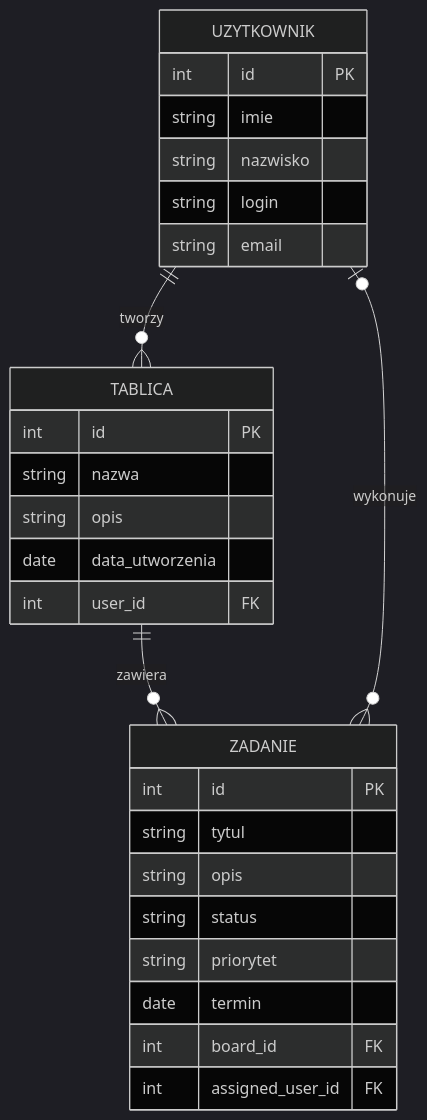
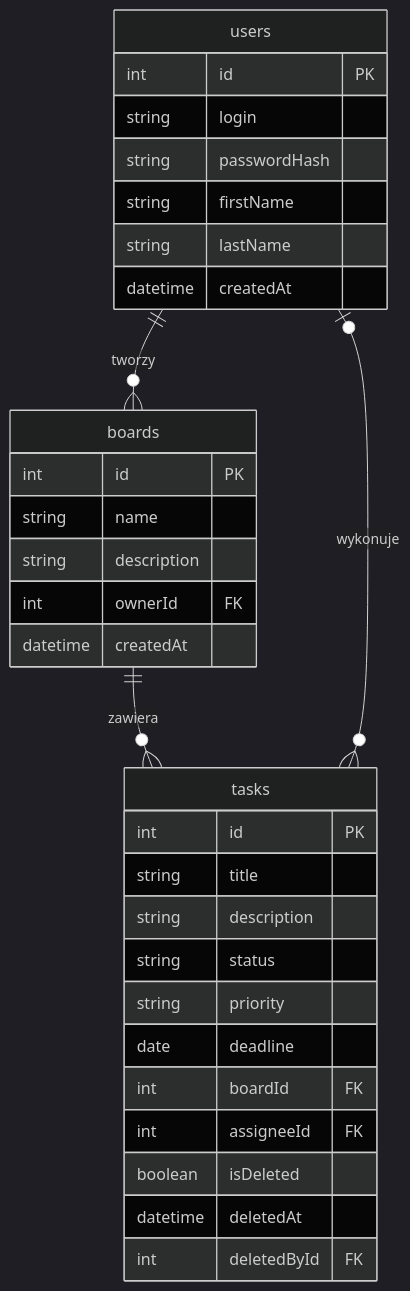
Before and after one commit to wholeucb/taskboard-illia-zalivchyi: the diagram in docs/dane.md, drawn with Mermaid (dark theme). The commit also changed other lines of this file and 12 other files, not shown here.

````diff
--- a/docs/dane.md
+++ b/docs/dane.md
@@ -57,33 +59,37 @@
 ```mermaid
 erDiagram
-    UZYTKOWNIK ||--o{ TABLICA : tworzy
-    TABLICA ||--o{ ZADANIE : zawiera
-    UZYTKOWNIK o|--o{ ZADANIE : wykonuje
+    users ||--o{ boards : tworzy
+    boards ||--o{ tasks : zawiera
+    users o|--o{ tasks : wykonuje
 
-    UZYTKOWNIK {
+    users {
         int id PK
-        string imie
-        string nazwisko
         string login
-        string email
+        string passwordHash
+        string firstName
+        string lastName
+        datetime createdAt
     }
 
-    TABLICA {
+    boards {
         int id PK
-        string nazwa
-        string opis
-        date data_utworzenia
-        int user_id FK
+        string name
+        string description
+        int ownerId FK
+        datetime createdAt
     }
 
-    ZADANIE {
+    tasks {
         int id PK
-        string tytul
-        string opis
+        string title
+        string description
         string status
-        string priorytet
-        date termin
-        int board_id FK
-        int assigned_user_id FK
+        string priority
+        date deadline
+        int boardId FK
+        int assigneeId FK
+        boolean isDeleted
+        datetime deletedAt
+        int deletedById FK
     }
 ```
````
